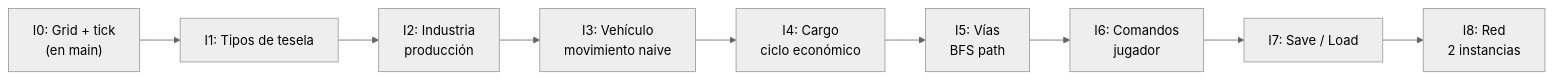
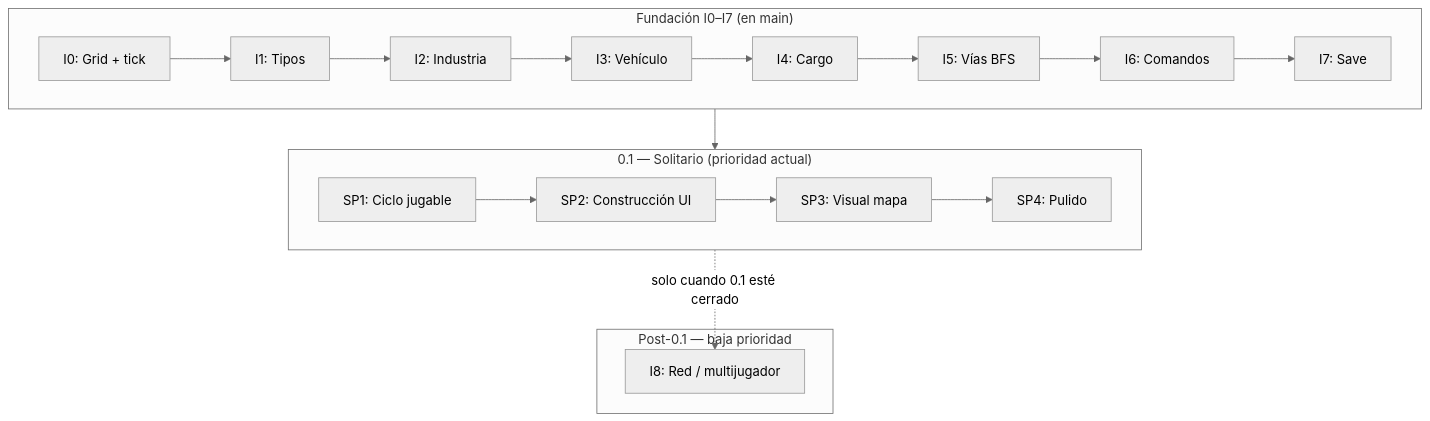
One commit to cavazquez/openttdrs changed the diagram in docs/DISENO_INCREMENTAL.md. Above: the diagram before and after it, drawn with Mermaid (neutral theme). The commit also changed other lines of this file and 3 other files, not shown here.

````diff
--- a/docs/DISENO_INCREMENTAL.md
+++ b/docs/DISENO_INCREMENTAL.md
@@ -351,14 +381,22 @@
 ```mermaid
-flowchart LR
-  I0["I0: Grid + tick\n(en main)"]
-  I1["I1: Tipos de tesela"]
-  I2["I2: Industria\nproducción"]
-  I3["I3: Vehículo\nmovimiento naive"]
-  I4["I4: Cargo\nciclo económico"]
-  I5["I5: Vías\nBFS path"]
-  I6["I6: Comandos\njugador"]
-  I7["I7: Save / Load"]
-  I8["I8: Red\n2 instancias"]
+flowchart TB
+  subgraph foundation ["Fundación I0–I7 (en main)"]
+    direction LR
+    I0["I0: Grid + tick"] --> I1["I1: Tipos"] --> I2["I2: Industria"]
+    I2 --> I3["I3: Vehículo"] --> I4["I4: Cargo"] --> I5["I5: Vías BFS"]
+    I5 --> I6["I6: Comandos"] --> I7["I7: Save"]
+  end
 
-  I0 --> I1 --> I2 --> I3 --> I4 --> I5 --> I6 --> I7 --> I8
+  subgraph solo ["0.1 — Solitario (prioridad actual)"]
+    direction LR
+    SP1["SP1: Ciclo jugable"] --> SP2["SP2: Construcción UI"]
+    SP2 --> SP3["SP3: Visual mapa"] --> SP4["SP4: Pulido"]
+  end
+
+  subgraph later ["Post-0.1 — baja prioridad"]
+    I8["I8: Red / multijugador"]
+  end
+
+  I7 --> SP1
+  SP4 -.->|"solo cuando 0.1 esté cerrado"| I8
 ```
````
